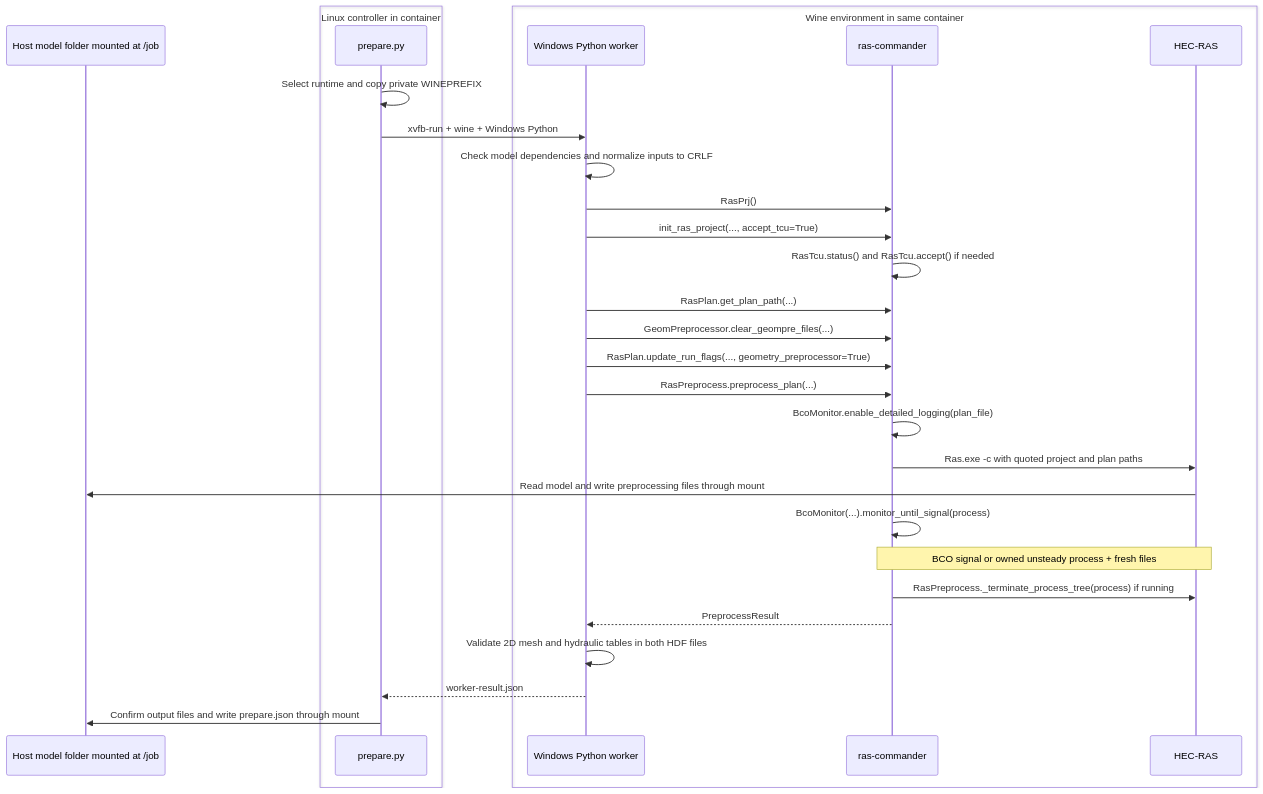
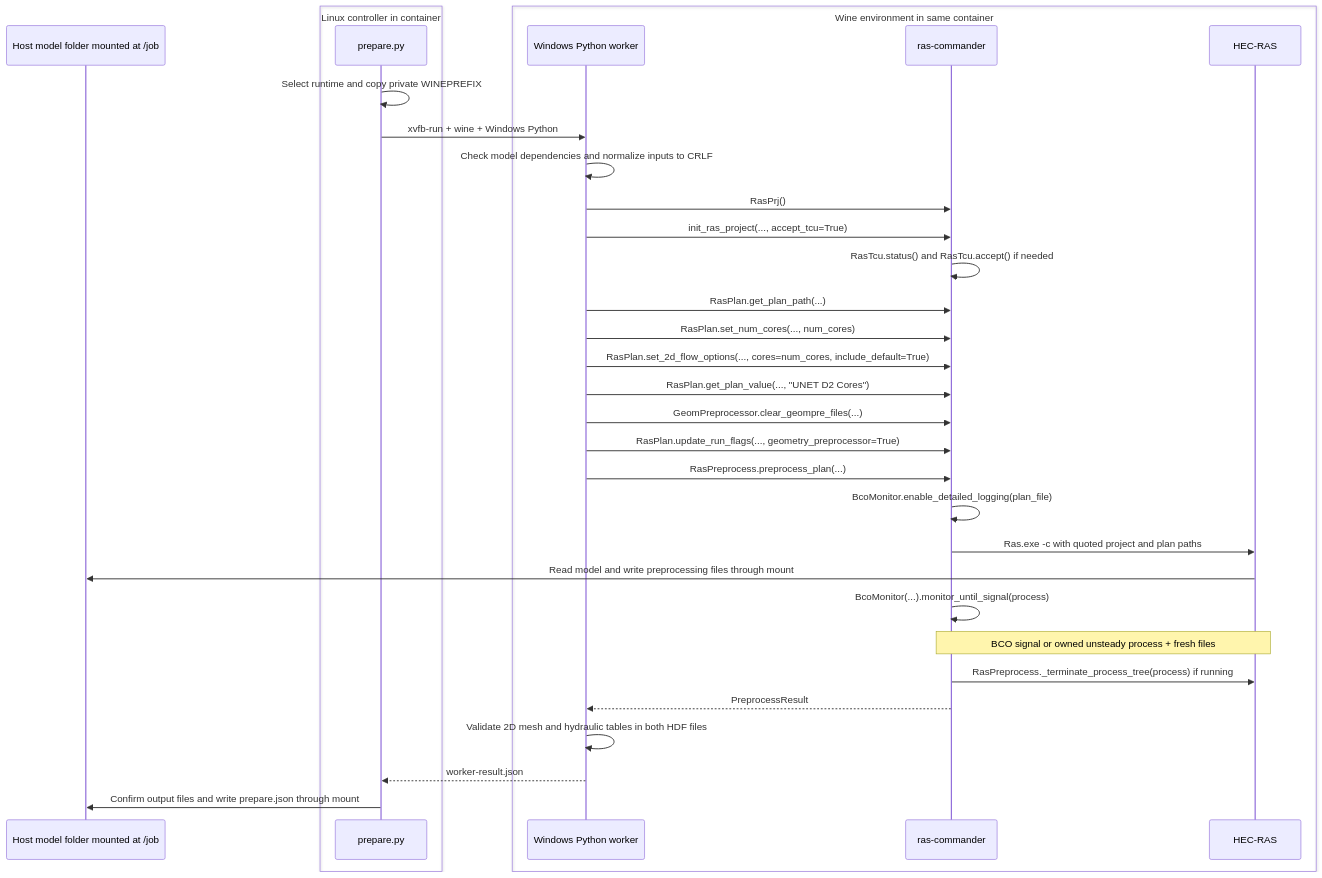
One commit to andycarter-pe/ras2fim-2d changed the second of 2 diagrams in containers/hecras-prepare/OPERATION.md. Above: the diagram before and after it, drawn with Mermaid. The commit also changed other lines of this file and 6 other files, not shown here.

````diff
--- a/containers/hecras-prepare/OPERATION.md
+++ b/containers/hecras-prepare/OPERATION.md
@@ -139,32 +139,35 @@
 ```mermaid
 sequenceDiagram
     participant Host as Host model folder mounted at /job
     box Linux controller in container
         participant L as prepare.py
     end
     box Wine environment in same container
         participant W as Windows Python worker
         participant C as ras-commander
         participant H as HEC-RAS
     end
     L->>L: Select runtime and copy private WINEPREFIX
     L->>W: xvfb-run + wine + Windows Python
     W->>W: Check model dependencies and normalize inputs to CRLF
     W->>C: RasPrj()
     W->>C: init_ras_project(..., accept_tcu=True)
     C->>C: RasTcu.status() and RasTcu.accept() if needed
     W->>C: RasPlan.get_plan_path(...)
+    W->>C: RasPlan.set_num_cores(..., num_cores)
+    W->>C: RasPlan.set_2d_flow_options(..., cores=num_cores, include_default=True)
+    W->>C: RasPlan.get_plan_value(..., "UNET D2 Cores")
     W->>C: GeomPreprocessor.clear_geompre_files(...)
     W->>C: RasPlan.update_run_flags(..., geometry_preprocessor=True)
     W->>C: RasPreprocess.preprocess_plan(...)
     C->>C: BcoMonitor.enable_detailed_logging(plan_file)
     C->>H: Ras.exe -c with quoted project and plan paths
     H->>Host: Read model and write preprocessing files through mount
     C->>C: BcoMonitor(...).monitor_until_signal(process)
     Note over C,H: BCO signal or owned unsteady process + fresh files
     C->>H: RasPreprocess._terminate_process_tree(process) if running
     C-->>W: PreprocessResult
     W->>W: Validate 2D mesh and hydraulic tables in both HDF files
     W-->>L: worker-result.json
     L->>Host: Confirm output files and write prepare.json through mount
 ```
````
